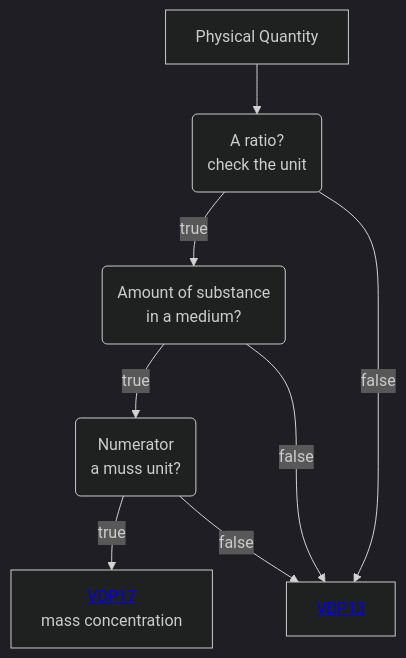
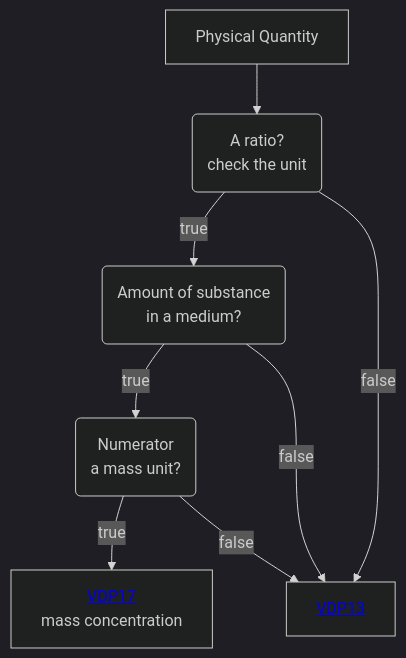
One commit to mabablue/I-ADOPT-patterns-playground changed the diagram in Decisition_trees/DT2.mmd. Above: the diagram before and after it, drawn with Mermaid (dark theme).

```diff
--- a/Decisition_trees/DT2.mmd
+++ b/Decisition_trees/DT2.mmd
@@ -1,8 +1,8 @@
 flowchart TD
     A[Physical Quantity] --> B(A ratio?<br>check the unit)
     B --> |true|C(Amount of substance <br> in a medium?) 
     B --> |false|D[<a href='https://github.com/mabablue/I-ADOPT-patterns-playground/blob/main/pattern/VDP13.yaml'>VDP13</a>]
-    C --> |true|E(Numerator <br> a muss unit?)
+    C --> |true|E(Numerator <br> a mass unit?)
     C --> |false|D
     E --> |true|F[<a href='https://github.com/mabablue/I-ADOPT-patterns-playground/blob/main/pattern/VDP17.yaml'>VDP17</a> <br> mass concentration]
     E --> |false|D
```
